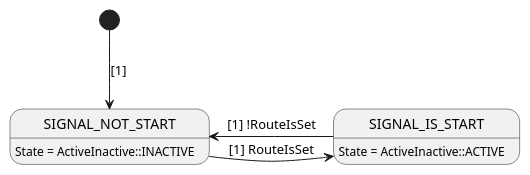
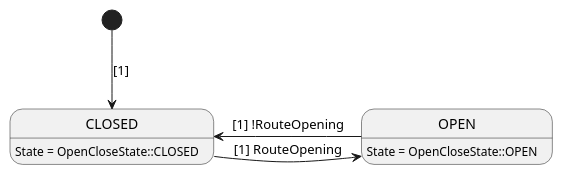
Before and after one commit to osmhpi/interlocking: the diagram in locking_table_interlocking/generic_application/graphs/signal.puml, drawn with PlantUML. The commit also changed 35 other files, not shown here.

Commit message:
Rename signal graphs

```diff
--- a/locking_table_interlocking/generic_application/graphs/signal.puml
+++ b/locking_table_interlocking/generic_application/graphs/signal.puml
@@ -1,10 +1,10 @@
 @startuml Signal
 
-[*] --> SIGNAL_NOT_START: [1]
-SIGNAL_NOT_START -right-> SIGNAL_IS_START : [1] RouteIsSet
-SIGNAL_IS_START -left-> SIGNAL_NOT_START : [1] !RouteIsSet
+[*] --> CLOSED: [1]
+CLOSED -right-> OPEN : [1] RouteOpening
+OPEN -left-> CLOSED : [1] !RouteOpening
 
-SIGNAL_NOT_START: State = ActiveInactive::INACTIVE
-SIGNAL_IS_START: State = ActiveInactive::ACTIVE
+CLOSED: State = OpenCloseState::CLOSED
+OPEN: State = OpenCloseState::OPEN
 
 @enduml
```
